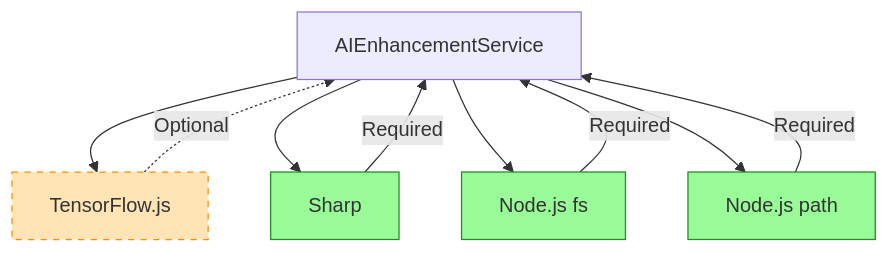
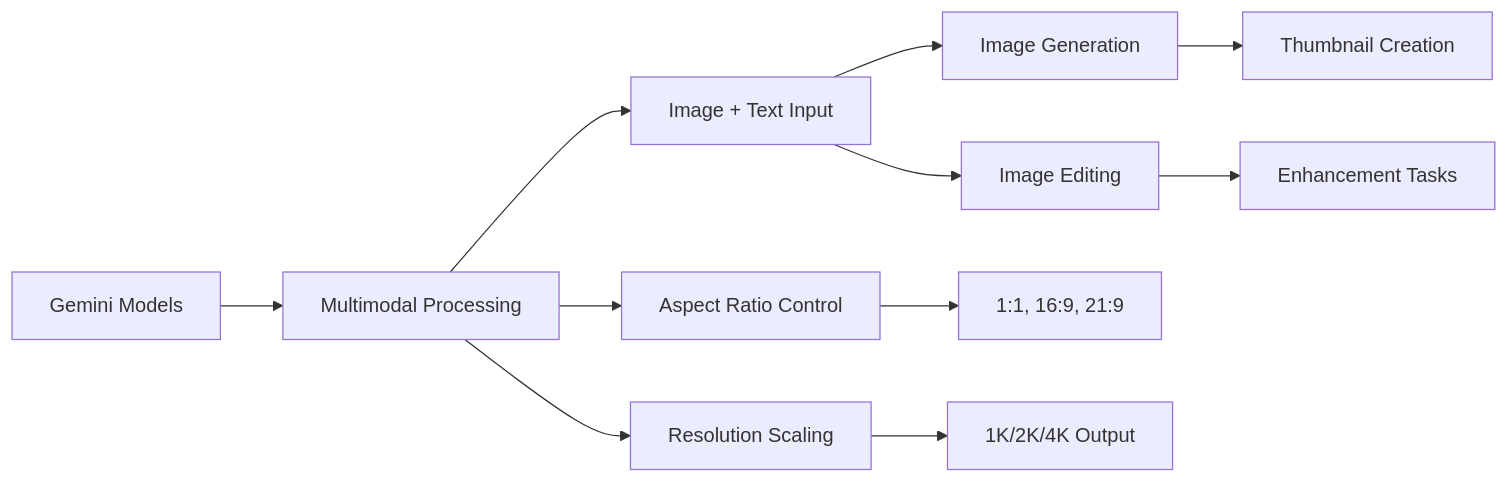
Before and after one commit to Brimstow/ThumPiks: the eighth of 8 diagrams in .qoder/repowiki/en/content/AI & Image Processing/AI Enhancement Service/AI Enhancement Service.md, drawn with Mermaid. The commit also changed other lines of this file and 900 other files, not shown here.

````diff
--- a/.qoder/repowiki/en/content/AI & Image Processing/AI Enhancement Service/AI Enhancement Service.md
+++ b/.qoder/repowiki/en/content/AI & Image Processing/AI Enhancement Service/AI Enhancement Service.md
@@ -194,17 +380,13 @@
 ```mermaid
-graph TD
-A[AIEnhancementService] --> B[TensorFlow.js]
-A --> C[Sharp]
-A --> D[Node.js fs]
-A --> E[Node.js path]
-B -.->|Optional| A
-C --> |Required| A
-D --> |Required| A
-E --> |Required| A
-style B stroke-dasharray:5,5
-style B fill:#ffe4b5
-classDef optional fill:#ffe4b5,stroke:#ff8c00;
-classDef required fill:#98fb98,stroke:#228b22;
-class B optional
-class C,D,E required
+graph LR
+A[Gemini Models] --> B[Multimodal Processing]
+B --> C[Image + Text Input]
+B --> D[Aspect Ratio Control]
+B --> E[Resolution Scaling]
+C --> F[Image Generation]
+C --> G[Image Editing]
+D --> H[1:1, 16:9, 21:9]
+E --> I[1K/2K/4K Output]
+F --> J[Thumbnail Creation]
+G --> K[Enhancement Tasks]
 ```
````
